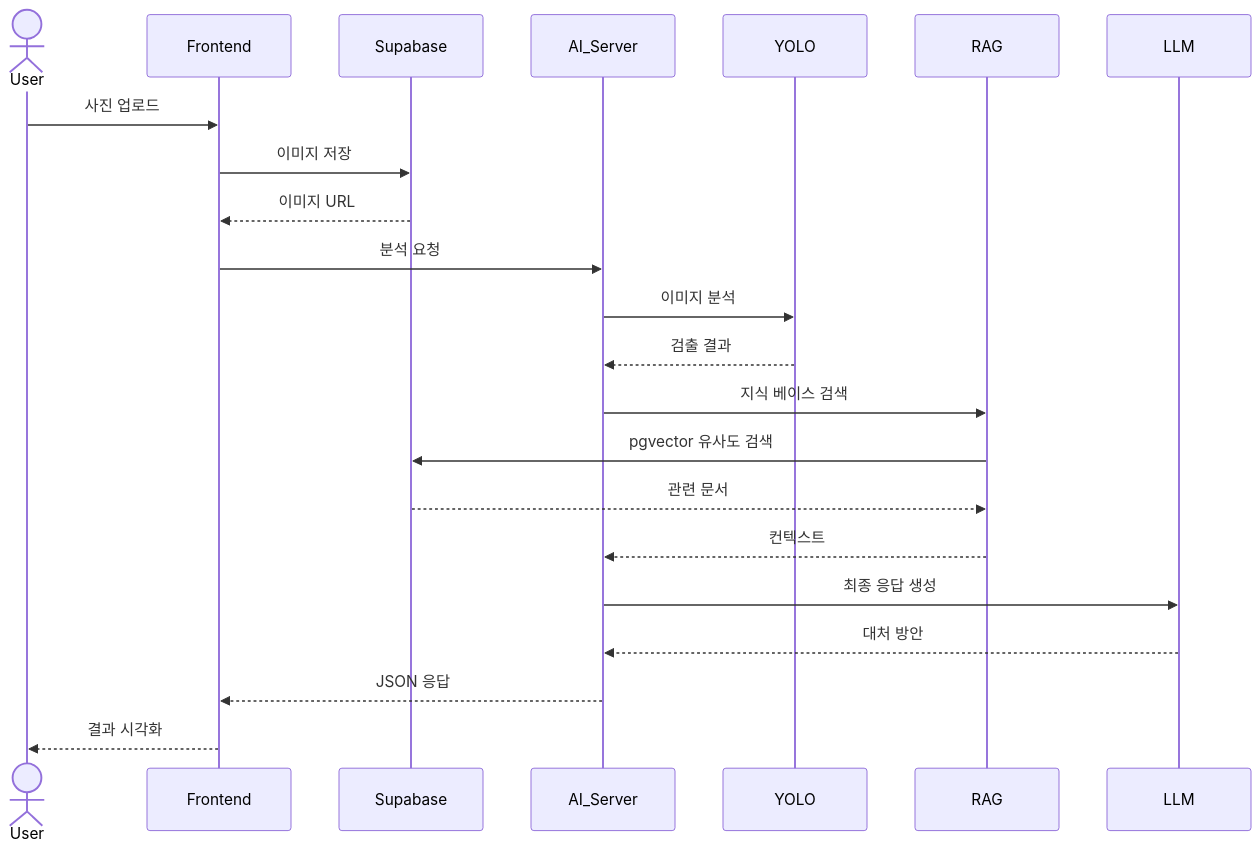
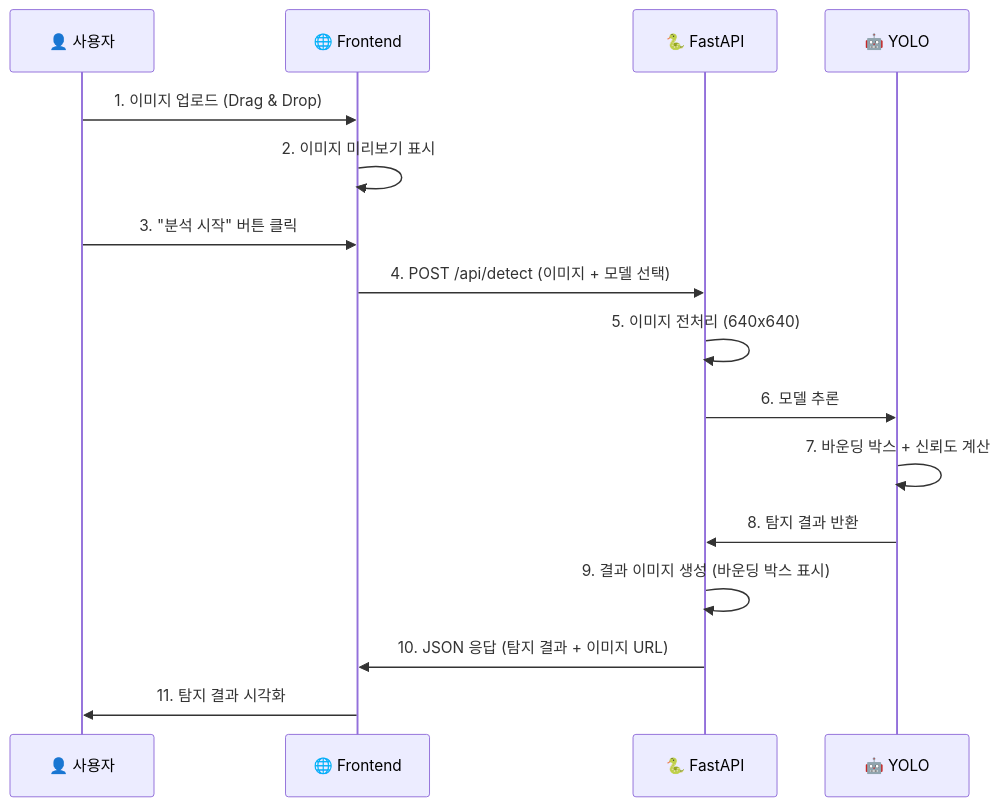
Before and after one commit to LYSS-LGU/wh07-3rd-Fetpal: the fourth of 4 diagrams in README.md, drawn with Mermaid. The commit also changed other lines of this file, not shown here.

Commit message:
docs: Add YOLO model as README

````diff
--- a/README.md
+++ b/README.md
@@ -250,25 +509,19 @@
 ```mermaid
 sequenceDiagram
-    actor User
-    participant Frontend
-    participant Supabase
-    participant AI_Server
-    participant YOLO
-    participant RAG
-    participant LLM
+    participant User as 👤 사용자
+    participant Frontend as 🌐 Frontend
+    participant FastAPI as 🐍 FastAPI
+    participant YOLO as 🤖 YOLO
 
-    User->>Frontend: 사진 업로드
-    Frontend->>Supabase: 이미지 저장
-    Supabase-->>Frontend: 이미지 URL
-    Frontend->>AI_Server: 분석 요청
-    AI_Server->>YOLO: 이미지 분석
-    YOLO-->>AI_Server: 검출 결과
-    AI_Server->>RAG: 지식 베이스 검색
-    RAG->>Supabase: pgvector 유사도 검색
-    Supabase-->>RAG: 관련 문서
-    RAG-->>AI_Server: 컨텍스트
-    AI_Server->>LLM: 최종 응답 생성
-    LLM-->>AI_Server: 대처 방안
-    AI_Server-->>Frontend: JSON 응답
-    Frontend-->>User: 결과 시각화
+    User->>Frontend: 1. 이미지 업로드 (Drag & Drop)
+    Frontend->>Frontend: 2. 이미지 미리보기 표시
+    User->>Frontend: 3. "분석 시작" 버튼 클릭
+    Frontend->>FastAPI: 4. POST /api/detect (이미지 + 모델 선택)
+    FastAPI->>FastAPI: 5. 이미지 전처리 (640x640)
+    FastAPI->>YOLO: 6. 모델 추론
+    YOLO->>YOLO: 7. 바운딩 박스 + 신뢰도 계산
+    YOLO->>FastAPI: 8. 탐지 결과 반환
+    FastAPI->>FastAPI: 9. 결과 이미지 생성 (바운딩 박스 표시)
+    FastAPI->>Frontend: 10. JSON 응답 (탐지 결과 + 이미지 URL)
+    Frontend->>User: 11. 탐지 결과 시각화
 ```
````
